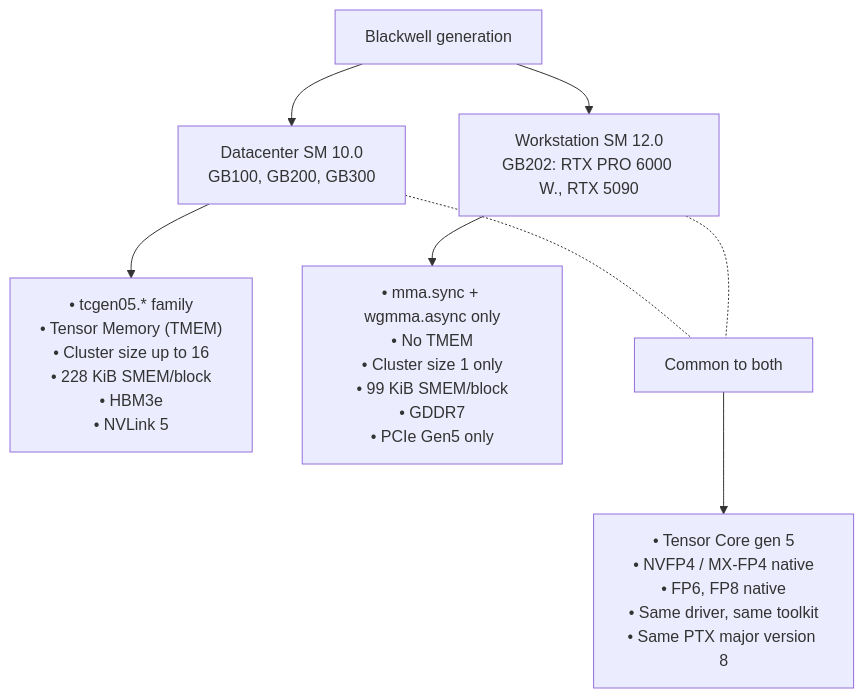
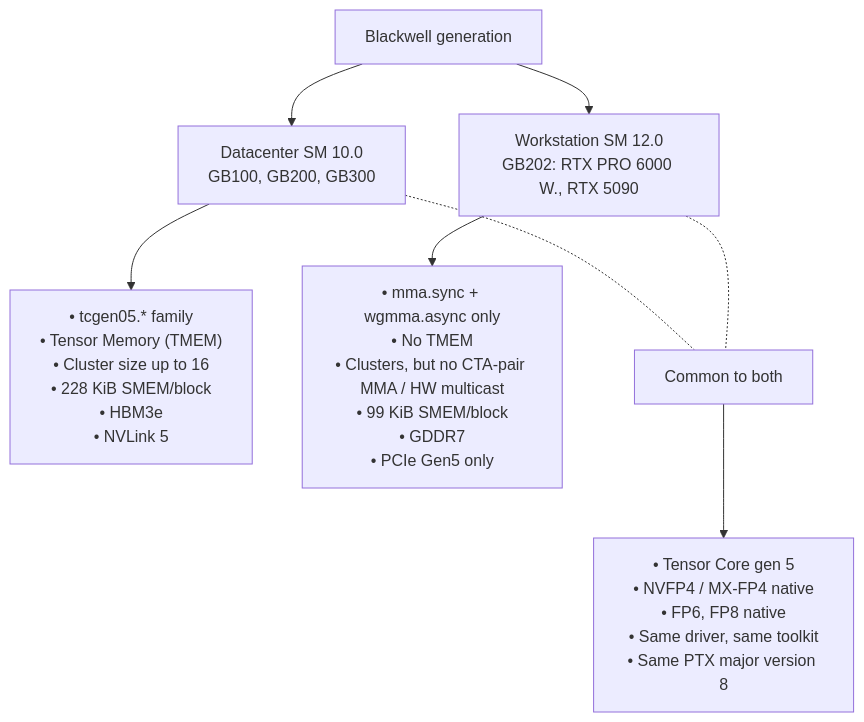
One commit to 0xSero/blackwell-gpu-wiki changed the diagram in docs/blackwell/index.md. Above: the diagram before and after it, drawn with Mermaid. The commit also changed 7 other files, not shown here.

````diff
--- a/docs/blackwell/index.md
+++ b/docs/blackwell/index.md
@@ -20,16 +20,16 @@
 ```mermaid
 graph TD
     Blackwell["Blackwell generation"]
     Blackwell --> DC["Datacenter SM 10.0<br/>GB100, GB200, GB300"]
     Blackwell --> WS["Workstation SM 12.0<br/>GB202: RTX PRO 6000 W., RTX 5090"]
 
     DC --> DC_features["• tcgen05.* family<br/>• Tensor Memory (TMEM)<br/>• Cluster size up to 16<br/>• 228 KiB SMEM/block<br/>• HBM3e<br/>• NVLink 5"]
 
-    WS --> WS_features["• mma.sync + wgmma.async only<br/>• No TMEM<br/>• Cluster size 1 only<br/>• 99 KiB SMEM/block<br/>• GDDR7<br/>• PCIe Gen5 only"]
+    WS --> WS_features["• mma.sync + wgmma.async only<br/>• No TMEM<br/>• Clusters, but no CTA-pair MMA / HW multicast<br/>• 99 KiB SMEM/block<br/>• GDDR7<br/>• PCIe Gen5 only"]
 
     Both["Common to both"]
     Both --> Both_features["• Tensor Core gen 5<br/>• NVFP4 / MX-FP4 native<br/>• FP6, FP8 native<br/>• Same driver, same toolkit<br/>• Same PTX major version 8"]
 
     DC -.- Both
     WS -.- Both
 ```
````
